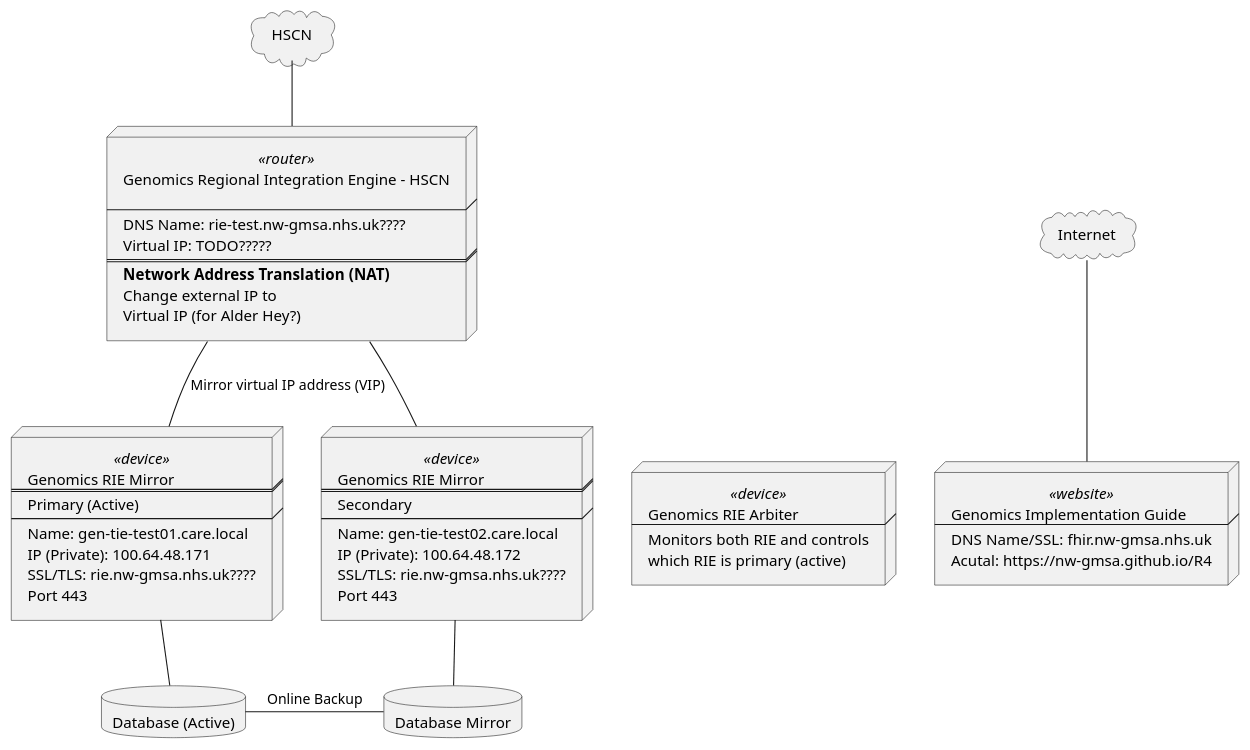
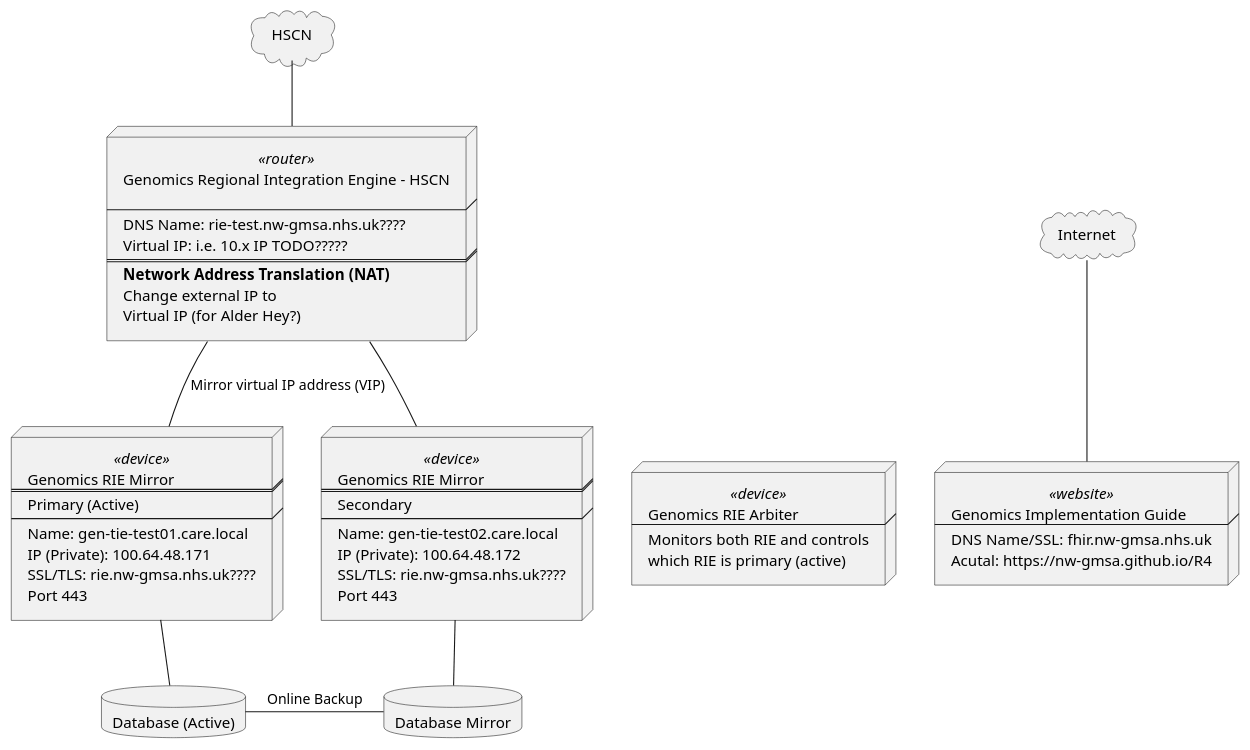
Before and after one commit to nw-gmsa/nw-gmsa.github.com: the diagram in input/images-source/deployment.plantuml, drawn with PlantUML.

Commit message:
added notes to 10.x IP

```diff
--- a/input/images-source/deployment.plantuml
+++ b/input/images-source/deployment.plantuml
@@ -1,80 +1,80 @@
 @startuml
 
 cloud HSCN [
 HSCN
 ]
 
 cloud internet [
 Internet
 ]
 
 node network <<router>> [
 Genomics Regional Integration Engine - HSCN
 
 ----
 DNS Name: rie-test.nw-gmsa.nhs.uk????
-Virtual IP: TODO?????
+Virtual IP: i.e. 10.x IP TODO?????
 ====
 **Network Address Translation (NAT)**
 Change external IP to
 Virtual IP (for Alder Hey?)
 ]
 
 
 node tie1 <<device>> [
 Genomics RIE Mirror
 ====
 Primary (Active)
 ----
 Name: gen-tie-test01.care.local
 IP (Private): 100.64.48.171
 SSL/TLS: rie.nw-gmsa.nhs.uk????
 Port 443
 ]
 
 node tie2 <<device>> [
 Genomics RIE Mirror
 ====
 Secondary
 ----
 Name: gen-tie-test02.care.local
 IP (Private): 100.64.48.172
 SSL/TLS: rie.nw-gmsa.nhs.uk????
 Port 443
 ]
 
 node arbiter <<device>> [
 Genomics RIE Arbiter
 ----
 Monitors both RIE and controls
 which RIE is primary (active)
 ]
 
 node ig <<website>> [
 Genomics Implementation Guide
 ----
 DNS Name/SSL: fhir.nw-gmsa.nhs.uk
 Acutal: https://nw-gmsa.github.io/R4
 ]
 
 database database1 [
 Database (Active)
 ]
 
 database database2 [
 Database Mirror
 ]
 
 HSCN -- network
 internet -- ig
 network -d- tie1 : Mirror virtual IP address (VIP)
 network -d- tie2
 
 tie1 -r[hidden]- tie2
 tie2 -r[hidden]- arbiter
 arbiter -r[hidden]- ig
 tie1 -- database1
 database1 -r- database2: Online Backup
 tie2 -- database2
 
 @enduml
```
